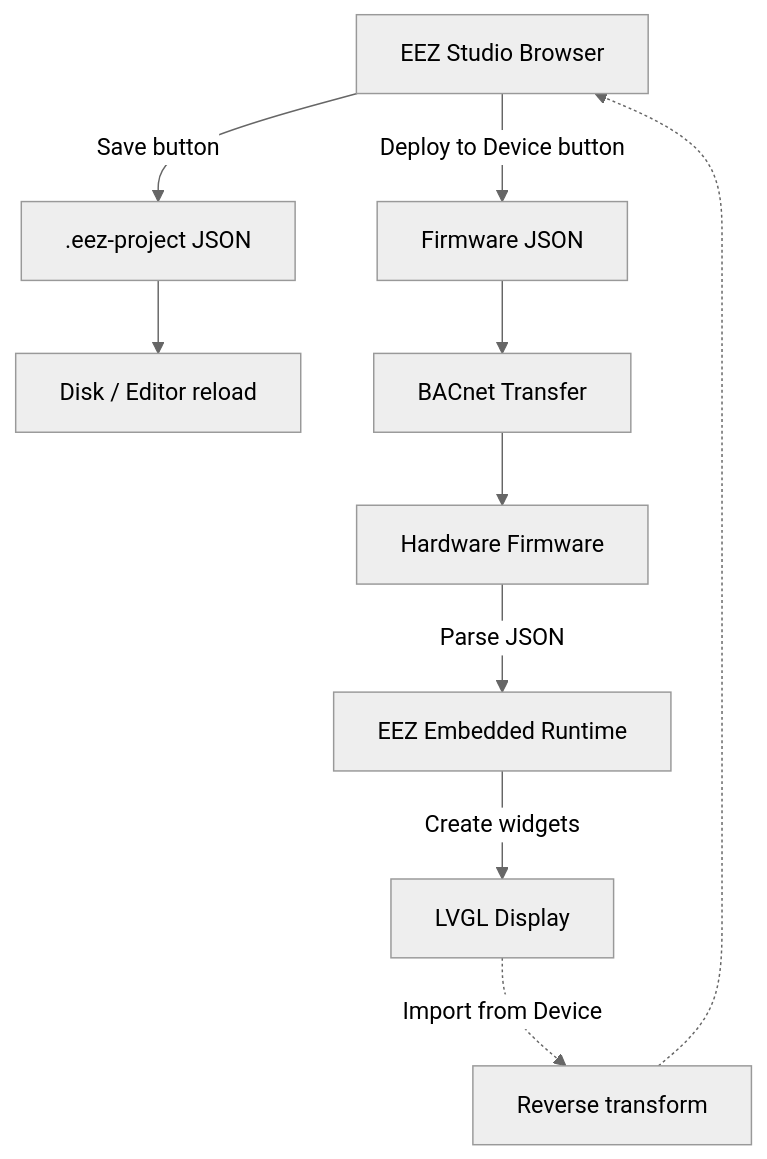
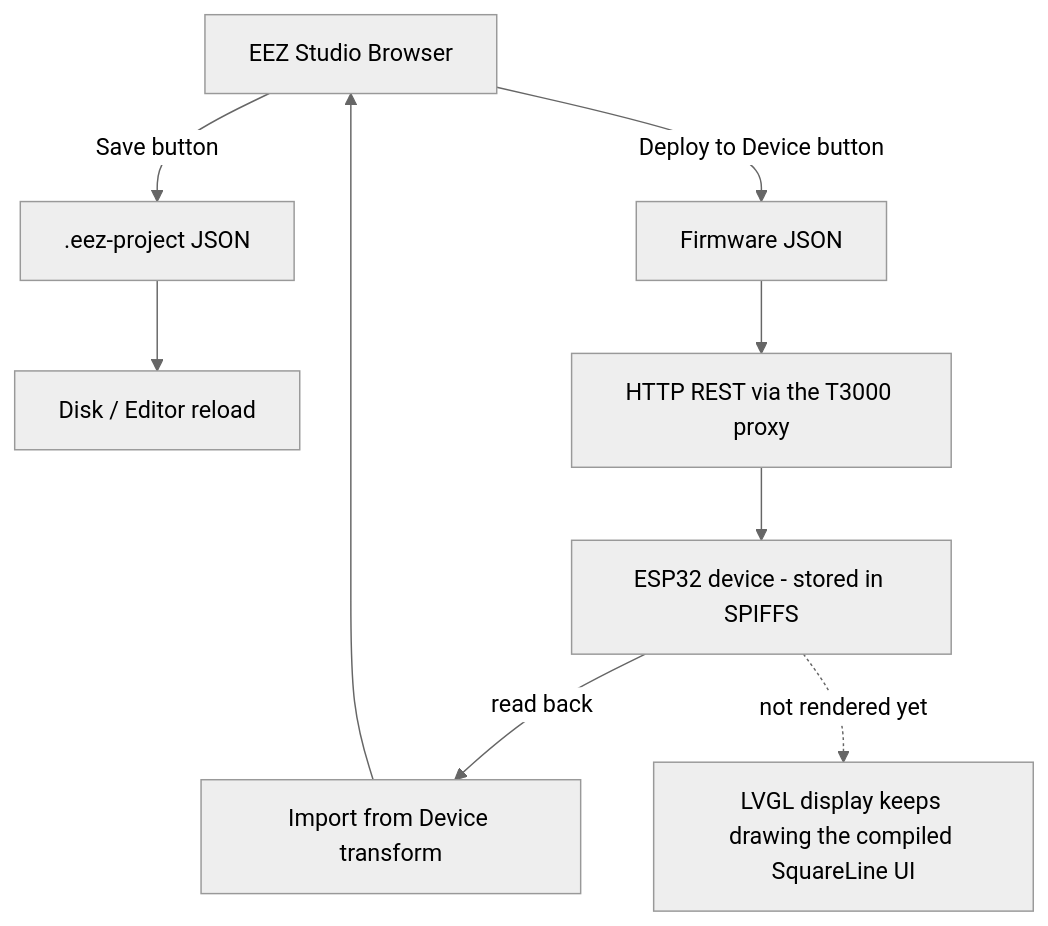
Before and after one commit to temcocontrols/T3000Webview: the diagram in docs/t3000/t3-eez-studio/lvgl-eez-project-json-format.md, drawn with Mermaid (neutral theme). The commit also changed other lines of this file and 4 other files, not shown here.

````diff
--- a/docs/t3000/t3-eez-studio/lvgl-eez-project-json-format.md
+++ b/docs/t3000/t3-eez-studio/lvgl-eez-project-json-format.md
@@ -16,14 +18,12 @@
 ```mermaid
 flowchart TD
     A[EEZ Studio Browser]
     A -->|"Save" button| B[.eez-project JSON]
     A -->|"Deploy to Device" button| C[Firmware JSON]
     B --> D[Disk / Editor reload]
-    C --> E[BACnet Transfer]
-    E --> F[Hardware Firmware]
-    F -->|Parse JSON| G[EEZ Embedded Runtime]
-    G -->|Create widgets| H[LVGL Display]
-
-    H -.->|"Import from Device"| I[Reverse transform]
-    I -.-> A
+    C --> E["HTTP REST via the T3000 proxy"]
+    E --> F["ESP32 device - stored in SPIFFS"]
+    F -->|"read back"| I["Import from Device transform"]
+    I --> A
+    F -.->|"not rendered yet"| H["LVGL display keeps drawing the compiled SquareLine UI"]
 ```
````
